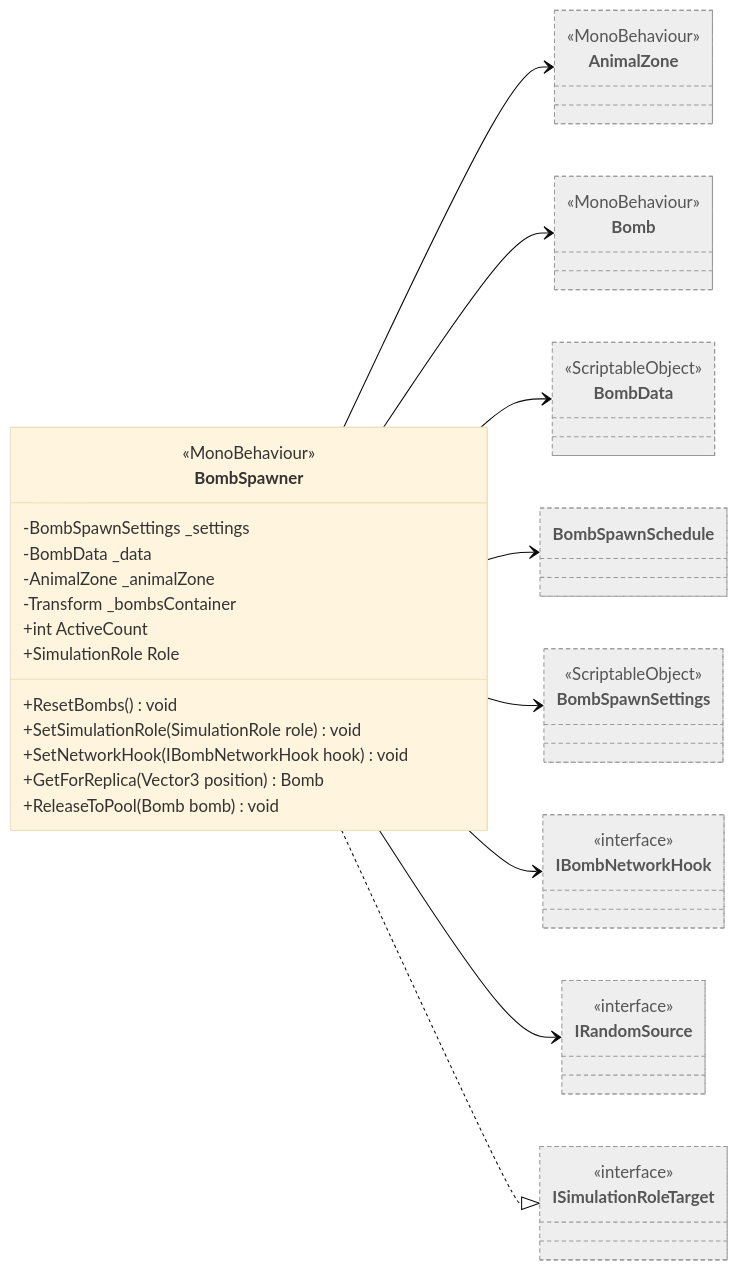
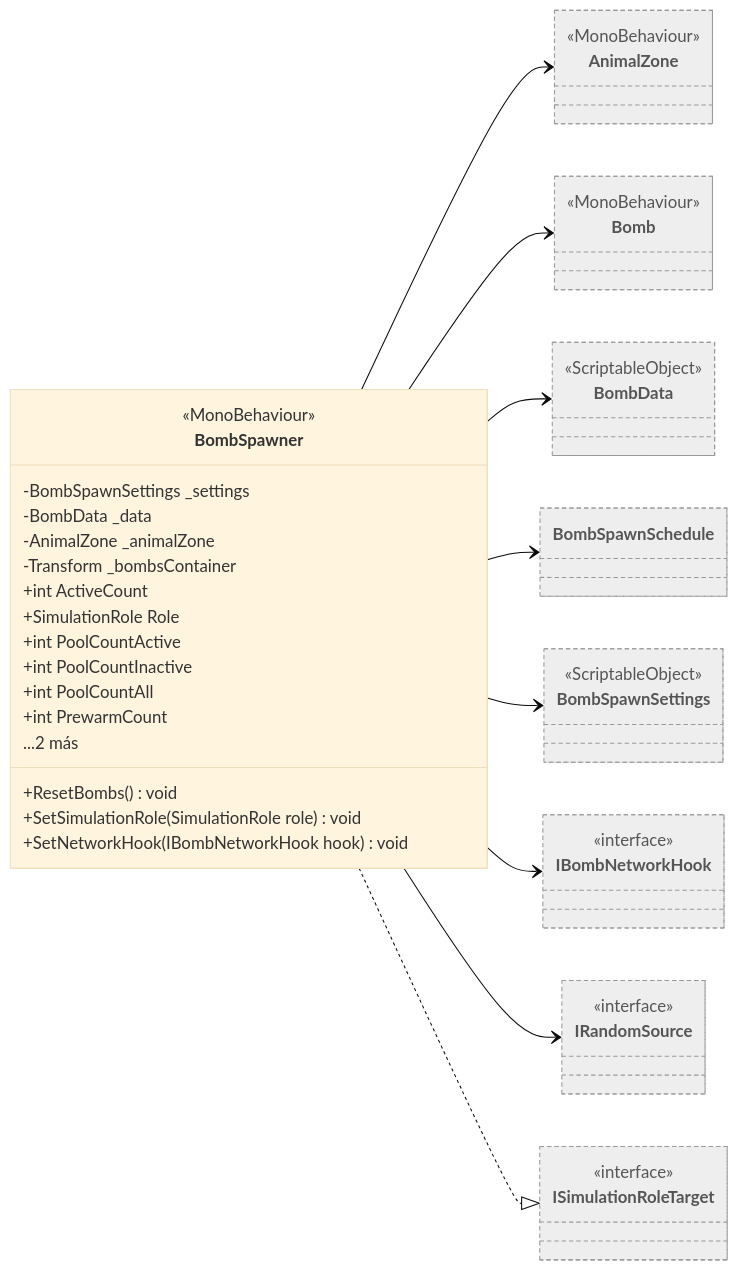
One commit to Chacashi/Alien-Farms changed the diagram in Docs/Arquitectura/Clases/Items/BombSpawner.md. Above: the diagram before and after it, drawn with Mermaid (base theme). The commit also changed other lines of this file and 257 other files, not shown here.

````diff
--- a/Docs/Arquitectura/Clases/Items/BombSpawner.md
+++ b/Docs/Arquitectura/Clases/Items/BombSpawner.md
@@ -18,42 +18,45 @@
 ```mermaid
 classDiagram
   direction LR
   class BombSpawner {
     <<MonoBehaviour>>
     -BombSpawnSettings _settings
     -BombData _data
     -AnimalZone _animalZone
     -Transform _bombsContainer
     +int ActiveCount
     +SimulationRole Role
+    +int PoolCountActive
+    +int PoolCountInactive
+    +int PoolCountAll
+    +int PrewarmCount
     +ResetBombs() void
     +SetSimulationRole(SimulationRole role) void
     +SetNetworkHook(IBombNetworkHook hook) void
-    +GetForReplica(Vector3 position) Bomb
-    +ReleaseToPool(Bomb bomb) void
+    ...2 más
   }
   class AnimalZone:::external
   <<MonoBehaviour>> AnimalZone
   class Bomb:::external
   <<MonoBehaviour>> Bomb
   class BombData:::external
   <<ScriptableObject>> BombData
   class BombSpawnSchedule:::external
   class BombSpawnSettings:::external
   <<ScriptableObject>> BombSpawnSettings
   class IBombNetworkHook:::external
   <<interface>> IBombNetworkHook
   class IRandomSource:::external
   <<interface>> IRandomSource
   class ISimulationRoleTarget:::external
   <<interface>> ISimulationRoleTarget
   BombSpawner --> AnimalZone
   BombSpawner --> Bomb
   BombSpawner --> BombData
   BombSpawner --> BombSpawnSchedule
   BombSpawner --> BombSpawnSettings
   BombSpawner --> IBombNetworkHook
   BombSpawner --> IRandomSource
   BombSpawner ..|> ISimulationRoleTarget
   classDef external fill:#eee,stroke:#999,stroke-dasharray: 4 3,color:#555
 ```
````
